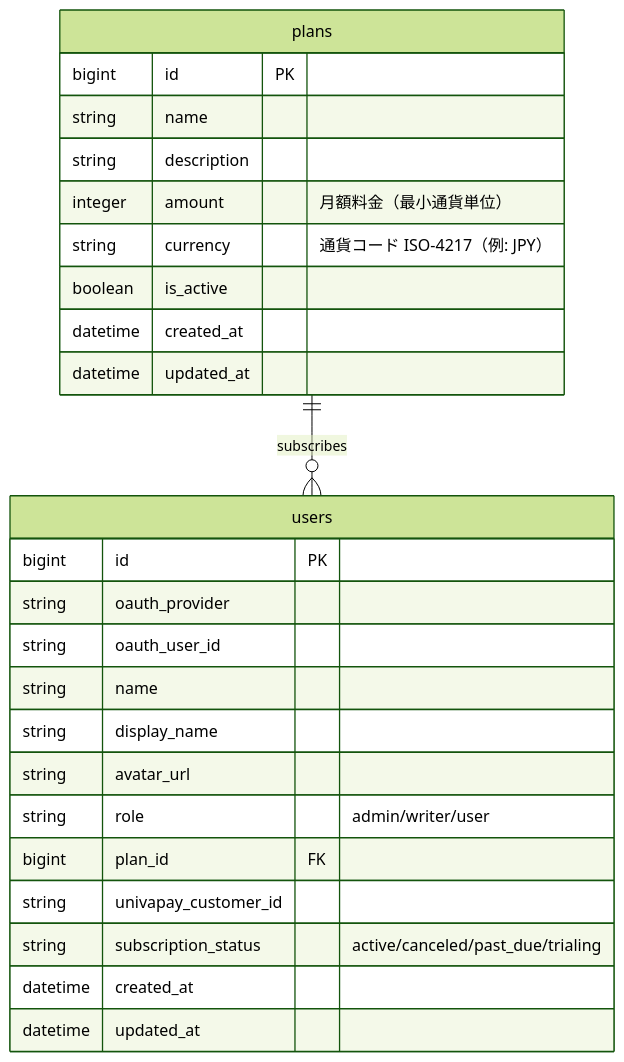
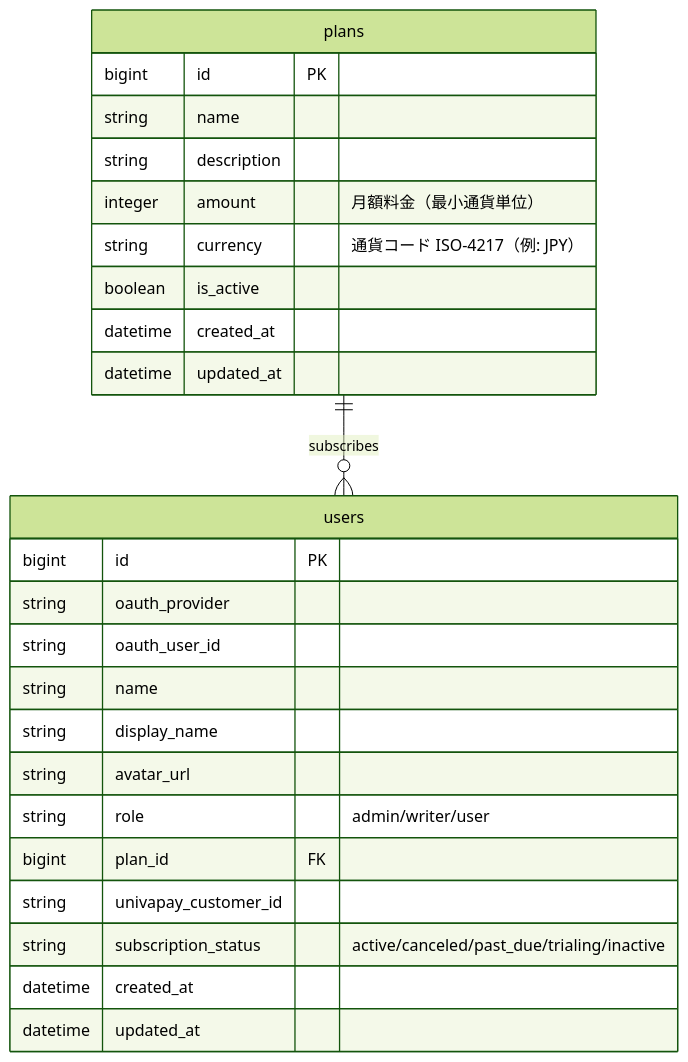
The first of 3 diagrams in docs/functions/subscription/checkout.md (RRRRRRR-777/SikouLab), drawn with Mermaid (forest theme) before and after one commit. The commit also changed other lines of this file and 7 other files, not shown here.

````diff
--- a/docs/functions/subscription/checkout.md
+++ b/docs/functions/subscription/checkout.md
@@ -71,32 +71,32 @@
 ```mermaid
 erDiagram
     %% 正: docs/versions/1_0_0/data-model.md
 
     users {
         bigint id PK
         string oauth_provider
         string oauth_user_id
         string name
         string display_name
         string avatar_url
         string role "admin/writer/user"
         bigint plan_id FK
         string univapay_customer_id
-        string subscription_status "active/canceled/past_due/trialing"
+        string subscription_status "active/canceled/past_due/trialing/inactive"
         datetime created_at
         datetime updated_at
     }
 
     plans {
         bigint id PK
         string name
         string description
         integer amount "月額料金（最小通貨単位）"
         string currency "通貨コード ISO-4217（例: JPY）"
         boolean is_active
         datetime created_at
         datetime updated_at
     }
 
     plans ||--o{ users : "subscribes"
 ```
````
